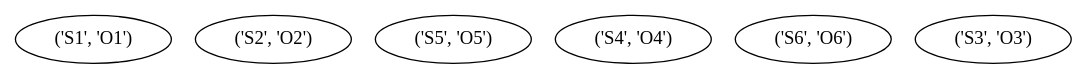
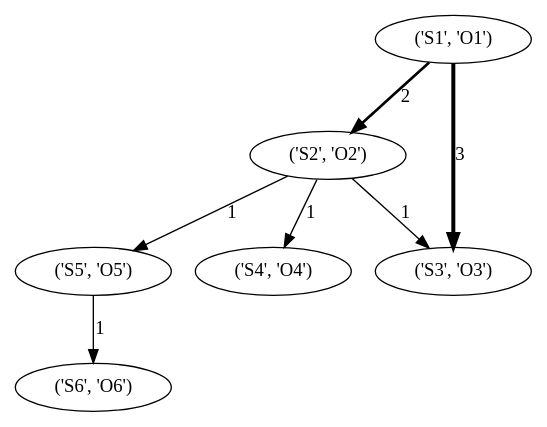
Before and after one commit to phani-gaddam/btp: the diagram in out/final.gv, drawn with Graphviz. The commit also changed 5 other files, not shown here.

```diff
--- a/out/final.gv
+++ b/out/final.gv
@@ -1,8 +1,14 @@
 digraph G {
 	"('S1', 'O1')" [label="('S1', 'O1')"]
 	"('S2', 'O2')" [label="('S2', 'O2')"]
 	"('S5', 'O5')" [label="('S5', 'O5')"]
 	"('S4', 'O4')" [label="('S4', 'O4')"]
 	"('S6', 'O6')" [label="('S6', 'O6')"]
 	"('S3', 'O3')" [label="('S3', 'O3')"]
+	"('S1', 'O1')" -> "('S2', 'O2')" [label=2 penwidth=2 weight=2]
+	"('S1', 'O1')" -> "('S3', 'O3')" [label=3 penwidth=3 weight=3]
+	"('S2', 'O2')" -> "('S3', 'O3')" [label=1 penwidth=1 weight=1]
+	"('S2', 'O2')" -> "('S4', 'O4')" [label=1 penwidth=1 weight=1]
+	"('S2', 'O2')" -> "('S5', 'O5')" [label=1 penwidth=1 weight=1]
+	"('S5', 'O5')" -> "('S6', 'O6')" [label=1 penwidth=1 weight=1]
 }
```
